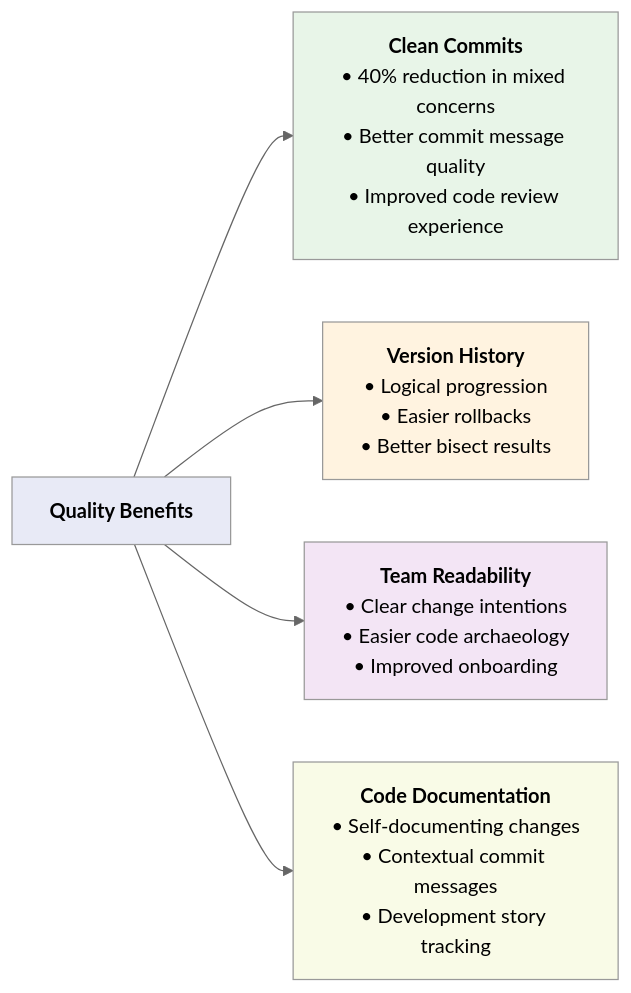
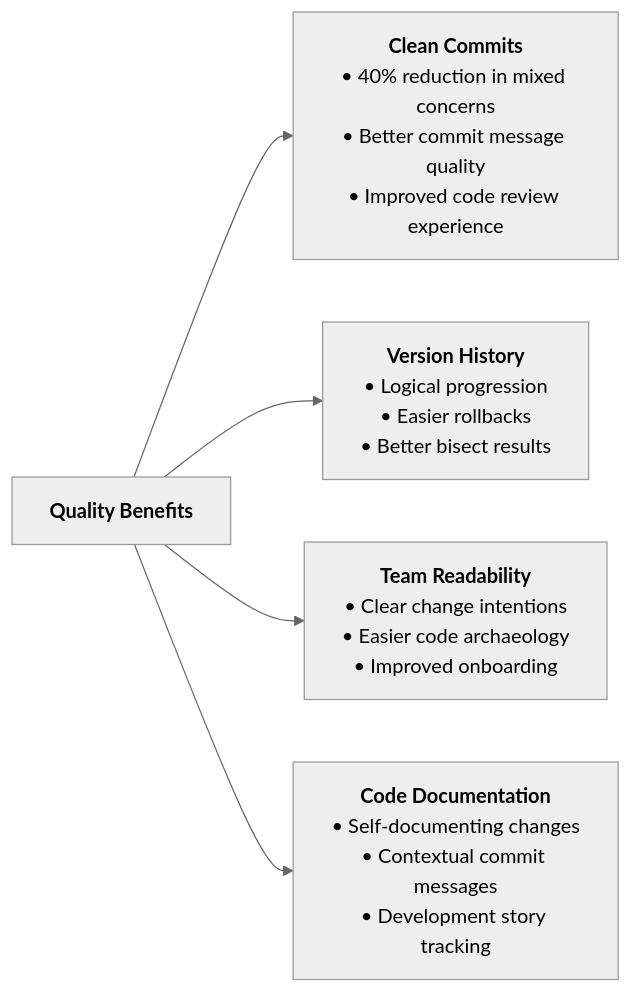
The sixth of 7 diagrams in docs/diagrams/mastro-split-flow.md (geogoesbeepboop/mastro), drawn with Mermaid (neutral theme) before and after one commit. The commit also changed other lines of this file and 5 other files, not shown here.

First line of the commit message:
docs: update analytics and flow diagrams for clarity

````diff
--- a/docs/diagrams/mastro-split-flow.md
+++ b/docs/diagrams/mastro-split-flow.md
@@ -254,28 +264,30 @@
 ```mermaid
+
 graph LR
     QB["`**Quality Benefits**`"] --> CC["`**Clean Commits**
     • 40% reduction in mixed concerns
     • Better commit message quality
     • Improved code review experience`"]
     
     QB --> VH["`**Version History**
     • Logical progression
     • Easier rollbacks
     • Better bisect results`"]
     
     QB --> TR["`**Team Readability**
     • Clear change intentions
     • Easier code archaeology
     • Improved onboarding`"]
     
     QB --> CD["`**Code Documentation**
     • Self-documenting changes
     • Contextual commit messages
     • Development story tracking`"]
 
-    style QB fill:#e8eaf6
-    style CC fill:#e8f5e8
-    style VH fill:#fff3e0
-    style TR fill:#f3e5f5
-    style CD fill:#f9fbe7
+    style QB fill:#e8eaf6 color:#000000
+    style CC fill:#e8f5e8 color:#000000
+    style VH fill:#fff3e0 color:#000000
+    style TR fill:#f3e5f5 color:#000000
+    style CD fill:#f9fbe7 color:#000000
+
 ```
````
